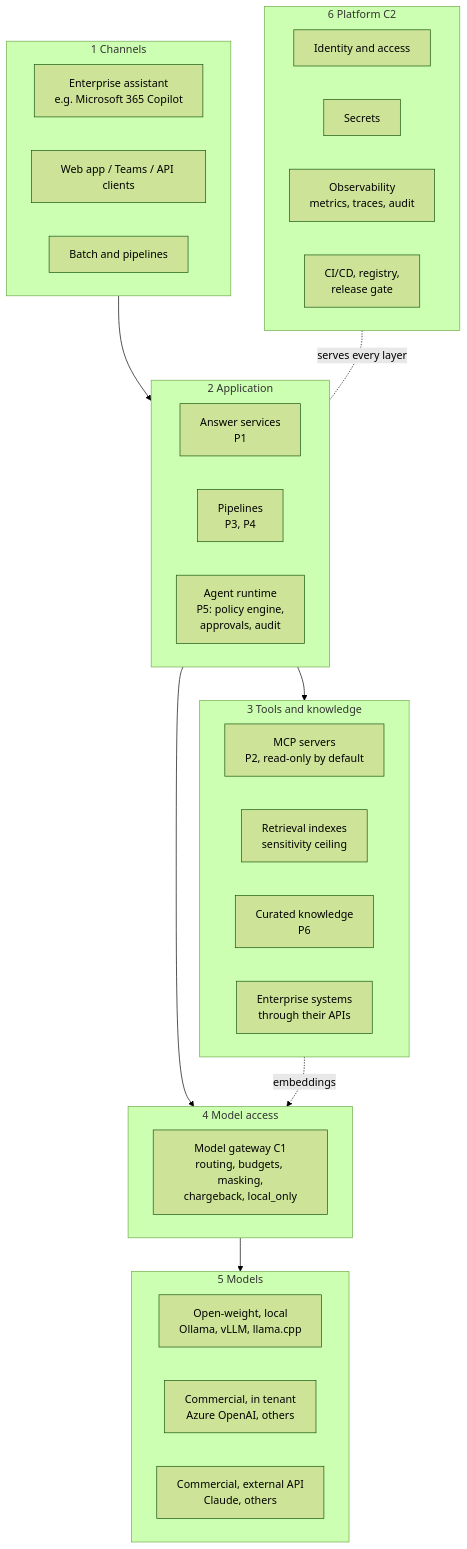
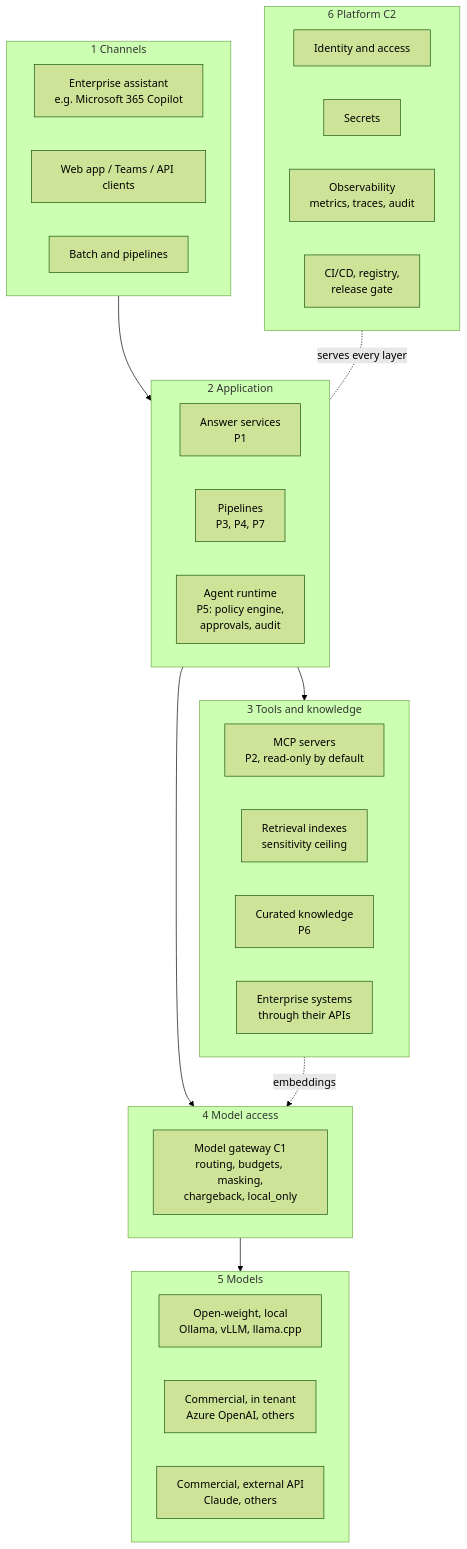
The first of 2 diagrams in docs/reference-architecture.md (flam7791/ai-engineering-framework), drawn with Mermaid (forest theme) before and after one commit. The commit also changed 18 other files, not shown here.

````diff
--- a/docs/reference-architecture.md
+++ b/docs/reference-architecture.md
@@ -8,39 +8,39 @@
 ```mermaid
 flowchart TB
     subgraph CH["1 Channels"]
       C1[Enterprise assistant<br/>e.g. Microsoft 365 Copilot]
       C2[Web app / Teams / API clients]
       C3[Batch and pipelines]
     end
     subgraph AP["2 Application"]
       A1[Answer services<br/>P1]
-      A2[Pipelines<br/>P3, P4]
+      A2[Pipelines<br/>P3, P4, P7]
       A3[Agent runtime<br/>P5: policy engine,<br/>approvals, audit]
     end
     subgraph TL["3 Tools and knowledge"]
       T1[MCP servers<br/>P2, read-only by default]
       T2[Retrieval indexes<br/>sensitivity ceiling]
       T3[Curated knowledge<br/>P6]
       T4[Enterprise systems<br/>through their APIs]
     end
     subgraph MA["4 Model access"]
       G[Model gateway C1<br/>routing, budgets, masking,<br/>chargeback, local_only]
     end
     subgraph MO["5 Models"]
       M1[Open-weight, local<br/>Ollama, vLLM, llama.cpp]
       M2[Commercial, in tenant<br/>Azure OpenAI, others]
       M3[Commercial, external API<br/>Claude, others]
     end
     subgraph PL["6 Platform C2"]
       P1[Identity and access]
       P2[Secrets]
       P3[Observability<br/>metrics, traces, audit]
       P4[CI/CD, registry,<br/>release gate]
     end
     CH --> AP
     AP --> TL
     AP --> MA
     TL -. embeddings .-> MA
     MA --> MO
     PL -. serves every layer .- AP
 ```
````
